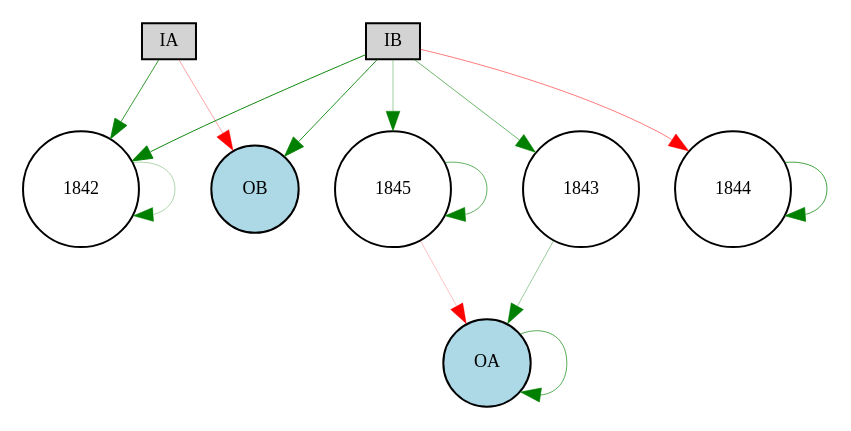
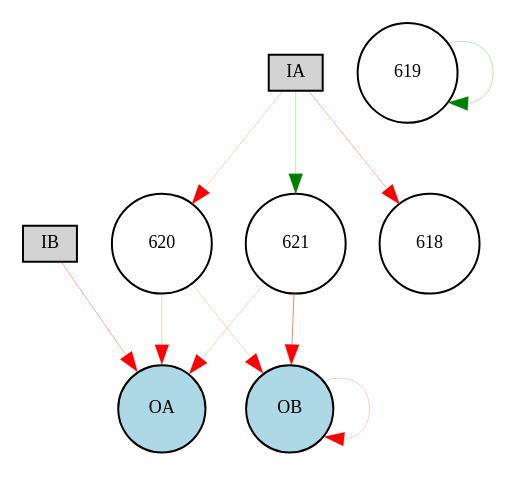
The diagram in source/discrete_experiment/Digraph.gv (danxan/neuromorphic-evolution), drawn with Graphviz before and after one commit. The commit also changed 5 other files, not shown here.

```diff
--- a/source/discrete_experiment/Digraph.gv
+++ b/source/discrete_experiment/Digraph.gv
@@ -1,22 +1,19 @@
 digraph {
 	node [fontsize=9 height=0.2 shape=circle width=0.2]
 	IA [fillcolor=lightgray shape=box style=filled]
 	IB [fillcolor=lightgray shape=box style=filled]
 	OA [fillcolor=lightblue style=filled]
 	OB [fillcolor=lightblue style=filled]
-	1843 [fillcolor=white style=filled]
-	1845 [fillcolor=white style=filled]
-	IA -> 1842 [color=green penwidth=0.4018390354094321 style=solid]
-	IB -> 1842 [color=green penwidth=0.46797872292336673 style=solid]
-	IB -> 1843 [color=green penwidth=0.28890453288694373 style=solid]
-	IB -> 1844 [color=red penwidth=0.25509218773507025 style=solid]
-	IB -> 1845 [color=green penwidth=0.18983812934756025 style=solid]
-	1843 -> OA [color=green penwidth=0.19772628600659192 style=solid]
-	1845 -> OA [color=red penwidth=0.12238187609048819 style=solid]
-	IA -> OB [color=red penwidth=0.18425180218221726 style=solid]
-	IB -> OB [color=green penwidth=0.425362147340026 style=solid]
-	OA -> OA [color=green penwidth=0.33128702535252286 style=solid]
-	1842 -> 1842 [color=green penwidth=0.16320251758265886 style=solid]
-	1844 -> 1844 [color=green penwidth=0.36952029963672584 style=solid]
-	1845 -> 1845 [color=green penwidth=0.31394901649166695 style=solid]
+	620 [fillcolor=white style=filled]
+	621 [fillcolor=white style=filled]
+	IA -> 618 [color=red penwidth=0.15310139526347244 style=solid]
+	IA -> 620 [color=red penwidth=0.1 style=solid]
+	IA -> 621 [color=green penwidth=0.1168276313483829 style=solid]
+	620 -> OA [color=red penwidth=0.1 style=solid]
+	620 -> OB [color=red penwidth=0.1 style=solid]
+	621 -> OA [color=red penwidth=0.1 style=solid]
+	621 -> OB [color=red penwidth=0.24686075920777656 style=solid]
+	IB -> OA [color=red penwidth=0.16997537389267586 style=solid]
+	OB -> OB [color=red penwidth=0.1 style=solid]
+	619 -> 619 [color=green penwidth=0.12027496836013338 style=solid]
 }
```
